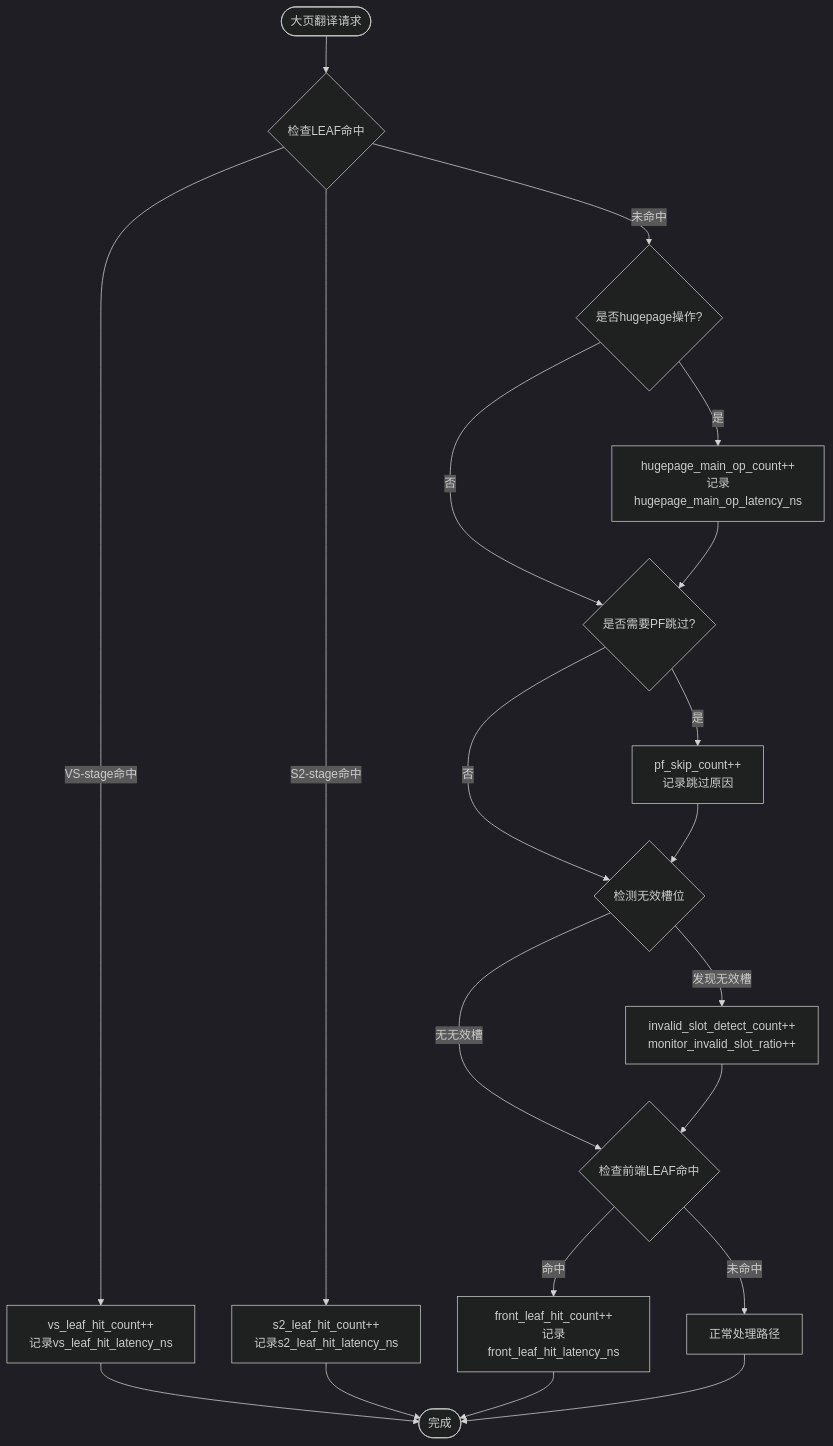
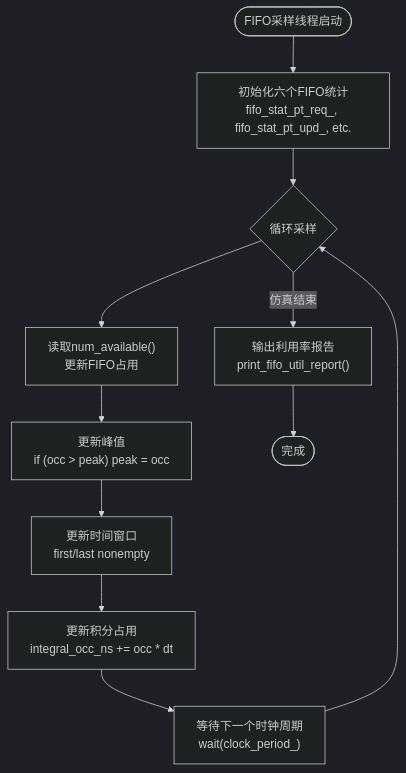
Before and after one commit to jiangjiang1122/iommu_model_20260401_v1: the fourth of 12 diagrams in .qoder/repowiki/zh/content/性能模型/性能指标与统计.md, drawn with Mermaid (dark theme). The commit also changed other lines of this file and 55 other files, not shown here.

````diff
--- a/.qoder/repowiki/zh/content/性能模型/性能指标与统计.md
+++ b/.qoder/repowiki/zh/content/性能模型/性能指标与统计.md
@@ -343,22 +333,13 @@
 ```mermaid
 flowchart TD
-Start(["大页翻译请求"]) --> CheckLeaf{"检查LEAF命中"}
-CheckLeaf --> |VS-stage命中| VSLeafHit["vs_leaf_hit_count++<br/>记录vs_leaf_hit_latency_ns"]
-CheckLeaf --> |S2-stage命中| S2LeafHit["s2_leaf_hit_count++<br/>记录s2_leaf_hit_latency_ns"]
-CheckLeaf --> |未命中| CheckHugePage{"是否hugepage操作?"}
-VSLeafHit --> End(["完成"])
-S2LeafHit --> End
-CheckHugePage --> |是| HugePageOp["hugepage_main_op_count++<br/>记录hugepage_main_op_latency_ns"]
-CheckHugePage --> |否| CheckPFSkip{"是否需要PF跳过?"}
-HugePageOp --> CheckPFSkip
-CheckPFSkip --> |是| PFSkip["pf_skip_count++<br/>记录跳过原因"]
-CheckPFSkip --> |否| CheckInvalidSlot{"检测无效槽位"}
-PFSkip --> CheckInvalidSlot
-CheckInvalidSlot --> |发现无效槽| InvalidSlot["invalid_slot_detect_count++<br/>monitor_invalid_slot_ratio++"]
-CheckInvalidSlot --> |无无效槽| CheckFrontLeaf{"检查前端LEAF命中"}
-InvalidSlot --> CheckFrontLeaf
-CheckFrontLeaf --> |命中| FrontLeafHit["front_leaf_hit_count++<br/>记录front_leaf_hit_latency_ns"]
-CheckFrontLeaf --> |未命中| NormalPath["正常处理路径"]
-FrontLeafHit --> End(["完成"])
-NormalPath --> End
+Start(["FIFO采样线程启动"]) --> Init["初始化六个FIFO统计<br/>fifo_stat_pt_req_, fifo_stat_pt_upd_, etc."]
+Init --> Loop{"循环采样"}
+Loop --> Sample["读取num_available()<br/>更新FIFO占用"]
+Sample --> UpdatePeak["更新峰值<br/>if (occ > peak) peak = occ"]
+UpdatePeak --> UpdateWindow["更新时间窗口<br/>first/last nonempty"]
+UpdateWindow --> UpdateIntegral["更新积分占用<br/>integral_occ_ns += occ * dt"]
+UpdateIntegral --> Wait["等待下一个时钟周期<br/>wait(clock_period_)"]
+Wait --> Loop
+Loop --> |仿真结束| Report["输出利用率报告<br/>print_fifo_util_report()"]
+Report --> End(["完成"])
 ```
````
